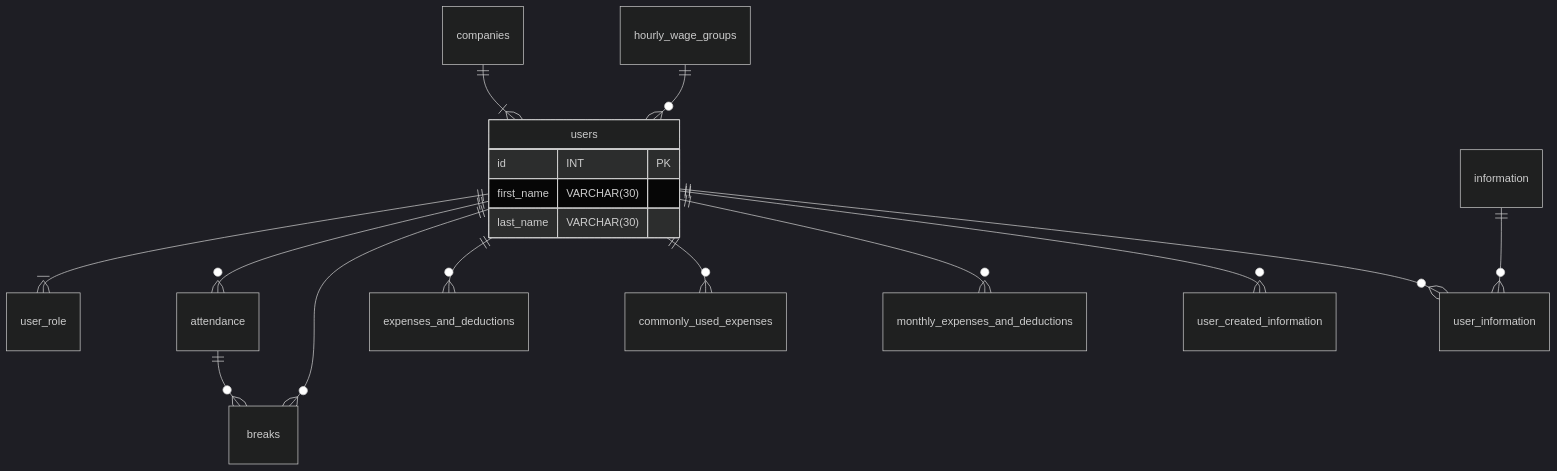
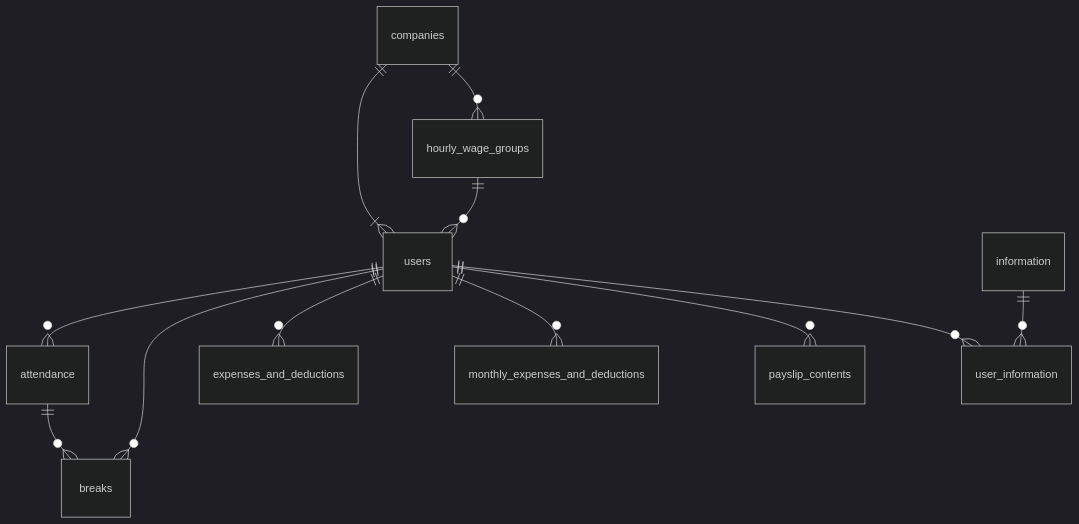
The fourth of 5 diagrams in Documents/Database Design/Entity-RelationshipDiagrams.md (reo00ngee/attendance), drawn with Mermaid (dark theme) before and after one commit. The commit also changed other lines of this file and 13 other files, not shown here.

````diff
--- a/Documents/Database Design/Entity-RelationshipDiagrams.md
+++ b/Documents/Database Design/Entity-RelationshipDiagrams.md
@@ -38,25 +332,16 @@
 ```mermaid
 
 erDiagram
   companies ||--|{ users: ""
+  companies ||--o{ hourly_wage_groups: ""
   hourly_wage_groups ||--o{ users: ""
-  users ||--|{ user_role: ""
   users ||--o{ attendance: ""
   users ||--o{ breaks: ""
   users ||--o{ expenses_and_deductions: ""
-  users ||--o{ commonly_used_expenses: ""
   users ||--o{ monthly_expenses_and_deductions: ""
-  users ||--o{ user_created_information: ""
+  users ||--o{ payslip_contents: ""
   users ||--o{ user_information: ""
   information ||--o{ user_information: ""
   attendance ||--o{ breaks: ""
 
-
-  users{
-    id INT PK
-    first_name VARCHAR(30) 
-    last_name VARCHAR(30) 
-
-  }
-
 ```
````
